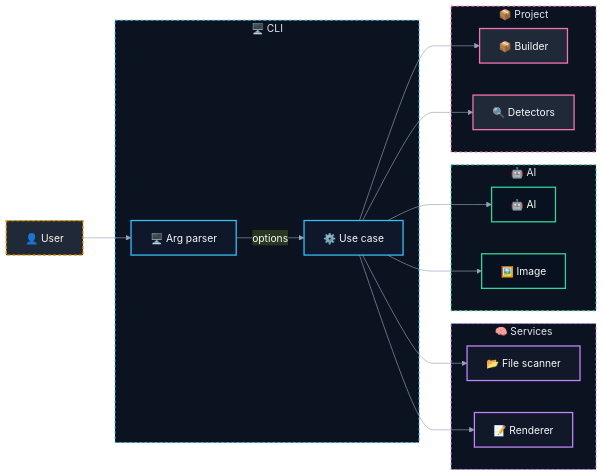
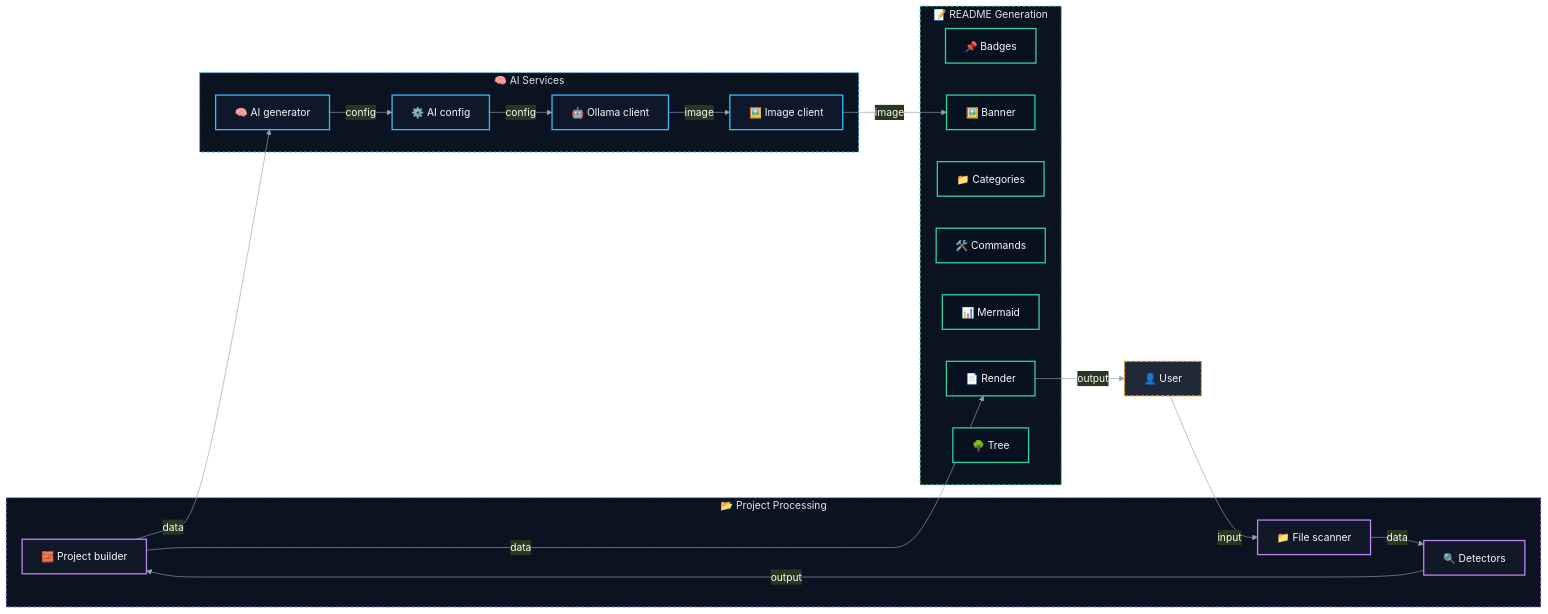
The diagram in README.md (DavidTorro/README-GENERATOR), drawn with Mermaid before and after one commit. The commit also changed other lines of this file and 7 other files, not shown here.

````diff
--- a/README.md
+++ b/README.md
@@ -28,54 +28,57 @@
 ```mermaid
 %%{init: {
     "theme": "base",
     "themeVariables": {
         "primaryColor": "#1f2937",
         "primaryTextColor": "#f9fafb",
         "primaryBorderColor": "#60a5fa",
         "lineColor": "#94a3b8",
         "tertiaryColor": "#0f172a"
     }
 }}%%
 
 flowchart LR
-    subgraph SG0["🖥️ CLI"]
-        parser["🖥️ Arg parser"]
-        usecase["⚙️ Use case"]
+    subgraph SG0["🧠 AI Services"]
+        ai_config["⚙️ AI config"]
+        image_client["🖼️ Image client"]
+        ollama_client["🤖 Ollama client"]
+        ai_generator["🧠 AI generator"]
     end
-    subgraph SG1["🧠 Services"]
-        scanner["📂 File scanner"]
-        renderer["📝 Renderer"]
+    subgraph SG1["📂 Project Processing"]
+        project_builder["🧱 Project builder"]
+        project_detectors["🔍 Detectors"]
+        fs_scanner["📁 File scanner"]
     end
-    subgraph SG2["🤖 AI"]
-        ai["🤖 AI"]
-        image["🖼️ Image"]
-    end
-    subgraph SG3["📦 Project"]
-        builder["📦 Builder"]
-        detectors["🔍 Detectors"]
+    subgraph SG2["📝 README Generation"]
+        badges["📌 Badges"]
+        banner["🖼️ Banner"]
+        categories["📁 Categories"]
+        commands["🛠️ Commands"]
+        mermaid["📊 Mermaid"]
+        render["📄 Render"]
+        tree["🌳 Tree"]
     end
     user["👤 User"]
-    user --> parser
-    parser -- "options" --> usecase
-    usecase --> scanner
-    usecase --> renderer
-    usecase --> ai
-    usecase --> image
-    usecase --> builder
-    usecase --> detectors
+    user -- "input" --> fs_scanner
+    fs_scanner -- "data" --> project_detectors
+    project_detectors -- "output" --> project_builder
+    project_builder -- "data" --> ai_generator
+    ai_generator -- "config" --> ai_config
+    ai_config -- "config" --> ollama_client
+    ollama_client -- "image" --> image_client
+    image_client -- "image" --> banner
+    project_builder -- "data" --> render
+    render -- "output" --> user
 
     classDef g0 fill:#0f172a,stroke:#38bdf8,color:#f8fafc,stroke-width:2px;
-    class parser,usecase g0;
+    class ai_config,image_client,ollama_client,ai_generator g0;
     classDef g1 fill:#111827,stroke:#c084fc,color:#f8fafc,stroke-width:2px;
-    class scanner,renderer g1;
+    class project_builder,project_detectors,fs_scanner g1;
     classDef g2 fill:#08111f,stroke:#34d399,color:#f8fafc,stroke-width:2px;
-    class ai,image g2;
-    classDef g3 fill:#1f2937,stroke:#f472b6,color:#f8fafc,stroke-width:2px;
-    class builder,detectors g3;
+    class badges,banner,categories,commands,mermaid,render,tree g2;
     classDef actor fill:#1f2937,stroke:#f59e0b,color:#fff7ed,stroke-width:2px,stroke-dasharray: 5 3;
     class user actor;
     style SG0 fill:#0b1220,stroke:#38bdf8,stroke-width:1.5px,stroke-dasharray: 4 4,color:#e2e8f0
     style SG1 fill:#0b1220,stroke:#c084fc,stroke-width:1.5px,stroke-dasharray: 4 4,color:#e2e8f0
     style SG2 fill:#0b1220,stroke:#34d399,stroke-width:1.5px,stroke-dasharray: 4 4,color:#e2e8f0
-    style SG3 fill:#0b1220,stroke:#f472b6,stroke-width:1.5px,stroke-dasharray: 4 4,color:#e2e8f0
 ```
````
